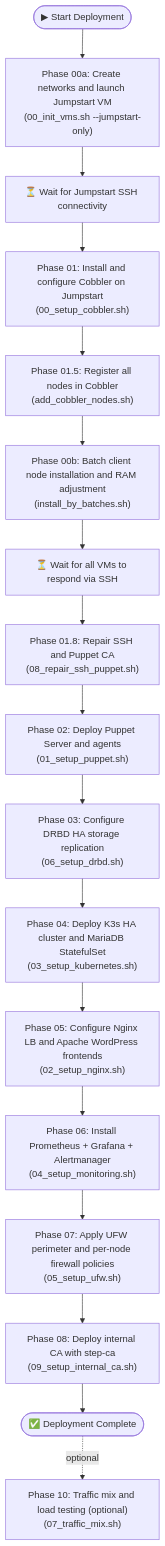
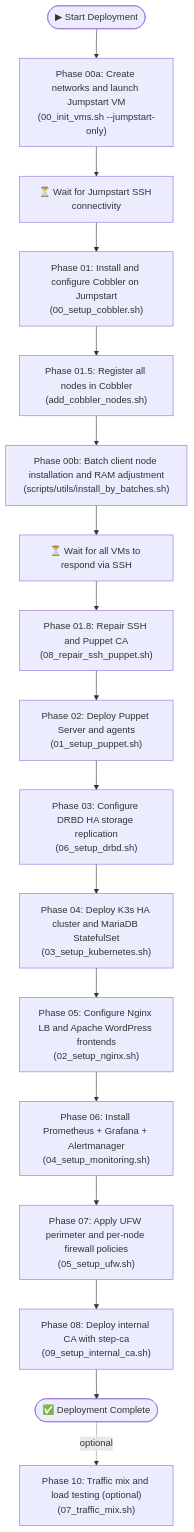
Before and after one commit to Aitor42/CMS-HA-Infrastructure: the third of 3 diagrams in docs/RED_DIAGRAMA.md, drawn with Mermaid. The commit also changed other lines of this file and 4 other files, not shown here.

Commit message:
docs: update deployment and architecture documentation

````diff
--- a/docs/RED_DIAGRAMA.md
+++ b/docs/RED_DIAGRAMA.md
@@ -170,40 +170,40 @@
 ```mermaid
 graph TD
     START(["▶ Start Deployment"])
 
     FASE00A["Phase 00a: Create networks and launch Jumpstart VM<br/>(00_init_vms.sh --jumpstart-only)"]
     WAIT_JS["⏳ Wait for Jumpstart SSH connectivity"]
     FASE01["Phase 01: Install and configure Cobbler on Jumpstart<br/>(00_setup_cobbler.sh)"]
     FASE015["Phase 01.5: Register all nodes in Cobbler<br/>(add_cobbler_nodes.sh)"]
-    FASE00B["Phase 00b: Batch client node installation and RAM adjustment<br/>(install_by_batches.sh)"]
+    FASE00B["Phase 00b: Batch client node installation and RAM adjustment<br/>(scripts/utils/install_by_batches.sh)"]
     WAIT_NODES["⏳ Wait for all VMs to respond via SSH"]
     FASE018["Phase 01.8: Repair SSH and Puppet CA<br/>(08_repair_ssh_puppet.sh)"]
     FASE02["Phase 02: Deploy Puppet Server and agents<br/>(01_setup_puppet.sh)"]
     FASE07["Phase 03: Configure DRBD HA storage replication<br/>(06_setup_drbd.sh)"]
     FASE04["Phase 04: Deploy K3s HA cluster and MariaDB StatefulSet<br/>(03_setup_kubernetes.sh)"]
     FASE03["Phase 05: Configure Nginx LB and Apache WordPress frontends<br/>(02_setup_nginx.sh)"]
     FASE05["Phase 06: Install Prometheus + Grafana + Alertmanager<br/>(04_setup_monitoring.sh)"]
     FASE06["Phase 07: Apply UFW perimeter and per-node firewall policies<br/>(05_setup_ufw.sh)"]
     FASE08["Phase 08: Deploy internal CA with step-ca<br/>(09_setup_internal_ca.sh)"]
 
     TRAFFIC["Phase 10: Traffic mix and load testing (optional)<br/>(07_traffic_mix.sh)"]
 
     END(["✅ Deployment Complete"])
 
     START --> FASE00A
     FASE00A --> WAIT_JS
     WAIT_JS --> FASE01
     FASE01 --> FASE015
     FASE015 --> FASE00B
     FASE00B --> WAIT_NODES
     WAIT_NODES --> FASE018
     FASE018 --> FASE02
     FASE02 --> FASE07
     FASE07 --> FASE04
     FASE04 --> FASE03
     FASE03 --> FASE05
     FASE05 --> FASE06
     FASE06 --> FASE08
     FASE08 --> END
     END -.->|"optional"| TRAFFIC
 ```
````
